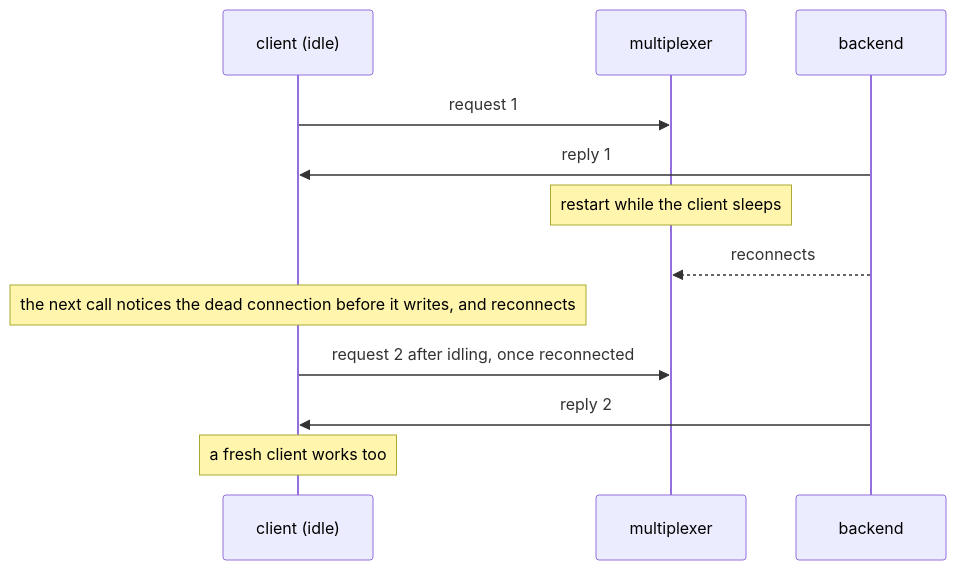
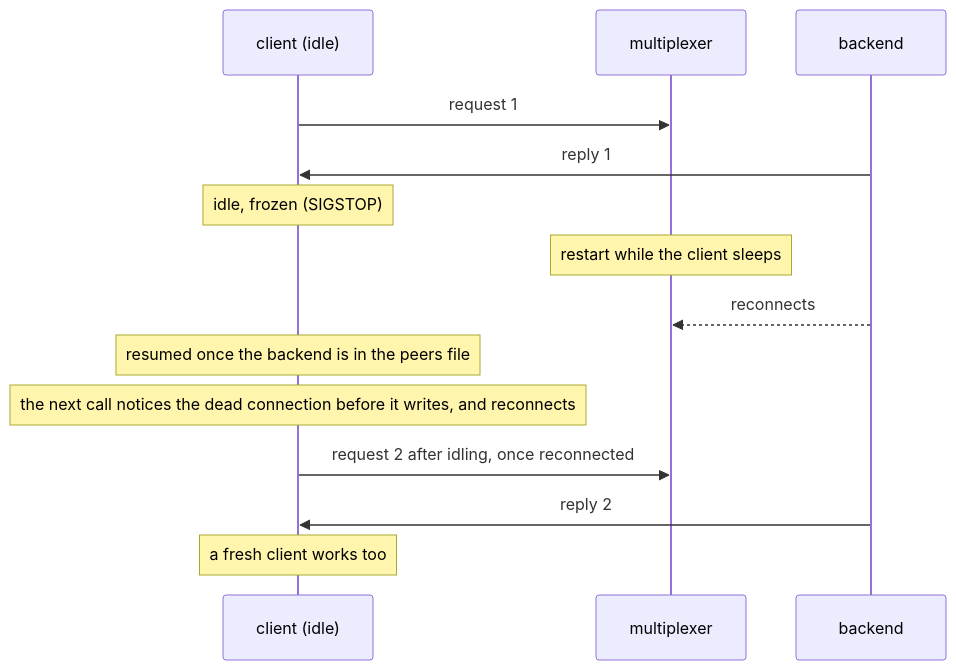
Before and after one commit to kulewski/multiplexer: the diagram in tests/scenarios/mx_restarts_under_idle_client/README.md, drawn with Mermaid. The commit also changed other lines of this file and 90 other files, not shown here.

````diff
--- a/tests/scenarios/mx_restarts_under_idle_client/README.md
+++ b/tests/scenarios/mx_restarts_under_idle_client/README.md
@@ -11,14 +12,16 @@
 ```mermaid
 sequenceDiagram
     participant C as client (idle)
     participant M as multiplexer
     participant B as backend
     C->>M: request 1
     B->>C: reply 1
+    Note over C: idle, frozen (SIGSTOP)
     Note over M: restart while the client sleeps
     B-->>M: reconnects
+    Note over C: resumed once the backend is in the peers file
     Note over C: the next call notices the dead connection before it writes, and reconnects
     C->>M: request 2 after idling, once reconnected
     B->>C: reply 2
     Note over C: a fresh client works too
 ```
````
